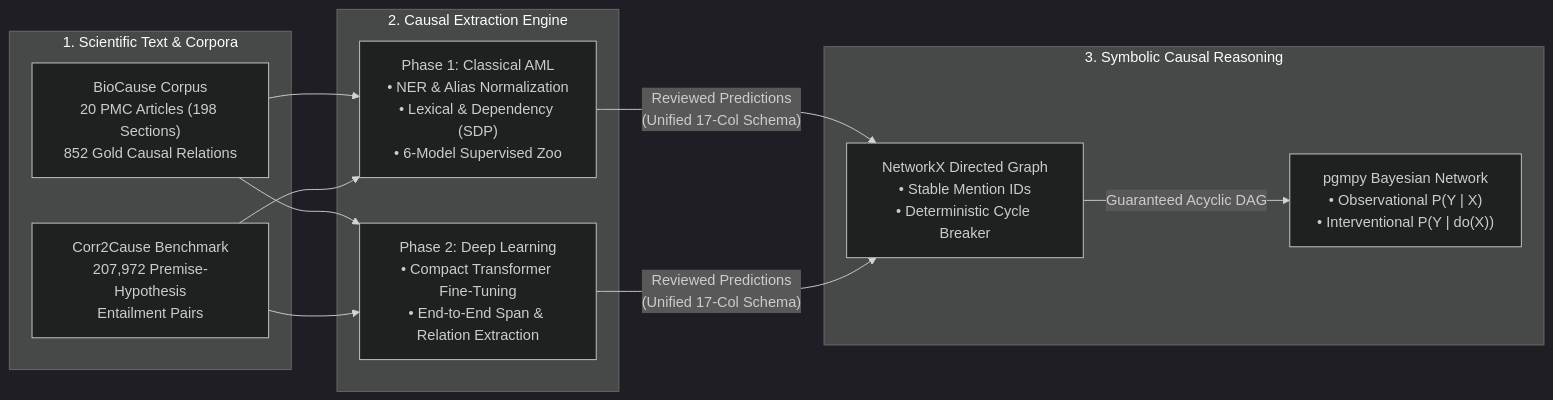
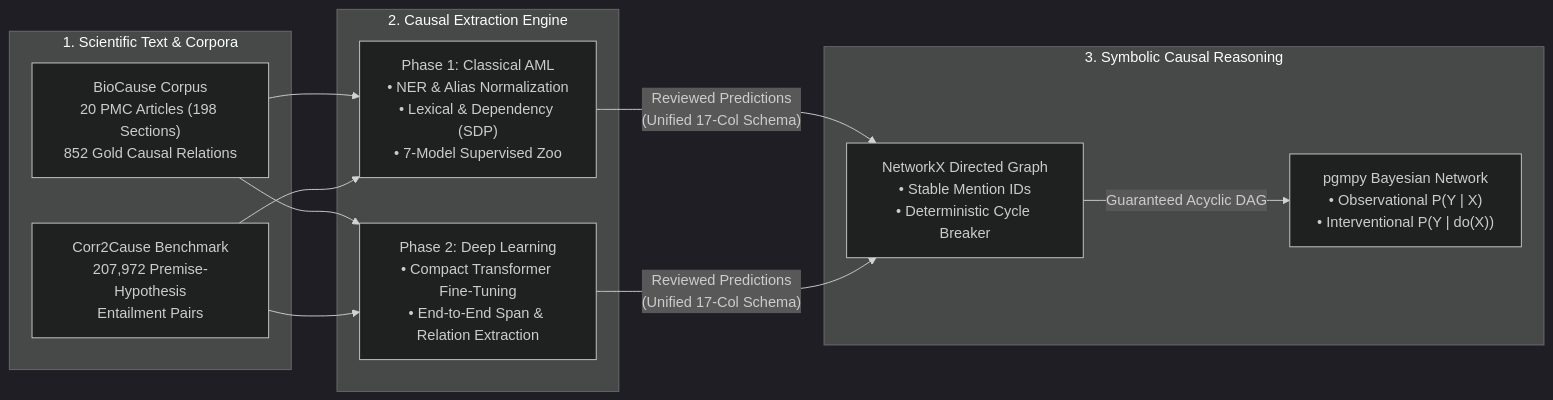
The diagram in README.md (alpha-sml/causal-nlp-reasoning), drawn with Mermaid (dark theme) before and after one commit. The commit also changed other lines of this file and 6 other files, not shown here.

````diff
--- a/README.md
+++ b/README.md
@@ -11,21 +11,21 @@
 ```mermaid
 flowchart LR
     subgraph Data["1. Scientific Text & Corpora"]
         T1["BioCause Corpus<br/>20 PMC Articles (198 Sections)<br/>852 Gold Causal Relations"]
         T2["Corr2Cause Benchmark<br/>207,972 Premise-Hypothesis<br/>Entailment Pairs"]
     end
 
     subgraph Extract["2. Causal Extraction Engine"]
-        E1["Phase 1: Classical AML<br/>• NER & Alias Normalization<br/>• Lexical & Dependency (SDP)<br/>• 6-Model Supervised Zoo"]
+        E1["Phase 1: Classical AML<br/>• NER & Alias Normalization<br/>• Lexical & Dependency (SDP)<br/>• 7-Model Supervised Zoo"]
         E2["Phase 2: Deep Learning<br/>• Compact Transformer Fine-Tuning<br/>• End-to-End Span & Relation Extraction"]
     end
 
     subgraph Symbolic["3. Symbolic Causal Reasoning"]
         G1["NetworkX Directed Graph<br/>• Stable Mention IDs<br/>• Deterministic Cycle Breaker"]
         G2["pgmpy Bayesian Network<br/>• Observational P(Y | X)<br/>• Interventional P(Y | do(X))"]
     end
 
     T1 & T2 --> E1 & E2
     E1 & E2 -->|"Reviewed Predictions<br/>(Unified 17-Col Schema)"| G1
     G1 -->|"Guaranteed Acyclic DAG"| G2
 ```
````
